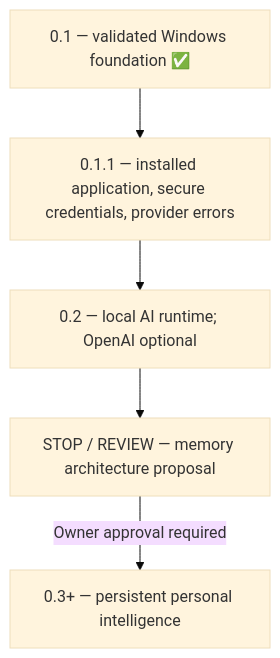
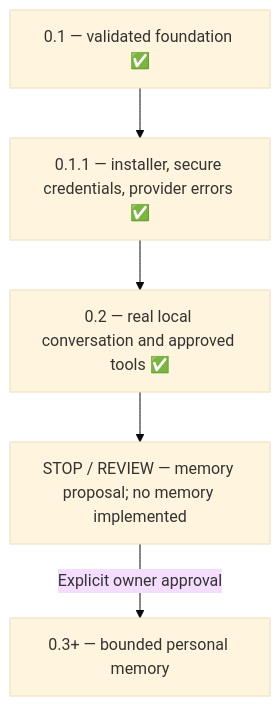
Before and after one commit to Google-Stein/KAT: the diagram in docs/ROADMAP.md, drawn with Mermaid (base theme). The commit also changed other lines of this file and 5 other files, not shown here.

Commit message:
Record green installed local-inference validation and propose the bounded memory review

````diff
--- a/docs/ROADMAP.md
+++ b/docs/ROADMAP.md
@@ -5,7 +7,7 @@
 ```mermaid
 flowchart TD
-  Foundation["0.1 — validated Windows foundation ✅"] --> Installed["0.1.1 — installed application, secure credentials, provider errors"]
-  Installed --> Local["0.2 — local AI runtime; OpenAI optional"]
-  Local --> Review["STOP / REVIEW — memory architecture proposal"]
-  Review -->|"Owner approval required"| Intelligence["0.3+ — persistent personal intelligence"]
+  Foundation["0.1 — validated foundation ✅"] --> Installed["0.1.1 — installer, secure credentials, provider errors ✅"]
+  Installed --> Local["0.2 — real local conversation and approved tools ✅"]
+  Local --> Review["STOP / REVIEW — memory proposal; no memory implemented"]
+  Review -->|"Explicit owner approval"| Intelligence["0.3+ — bounded personal memory"]
 ```
````
